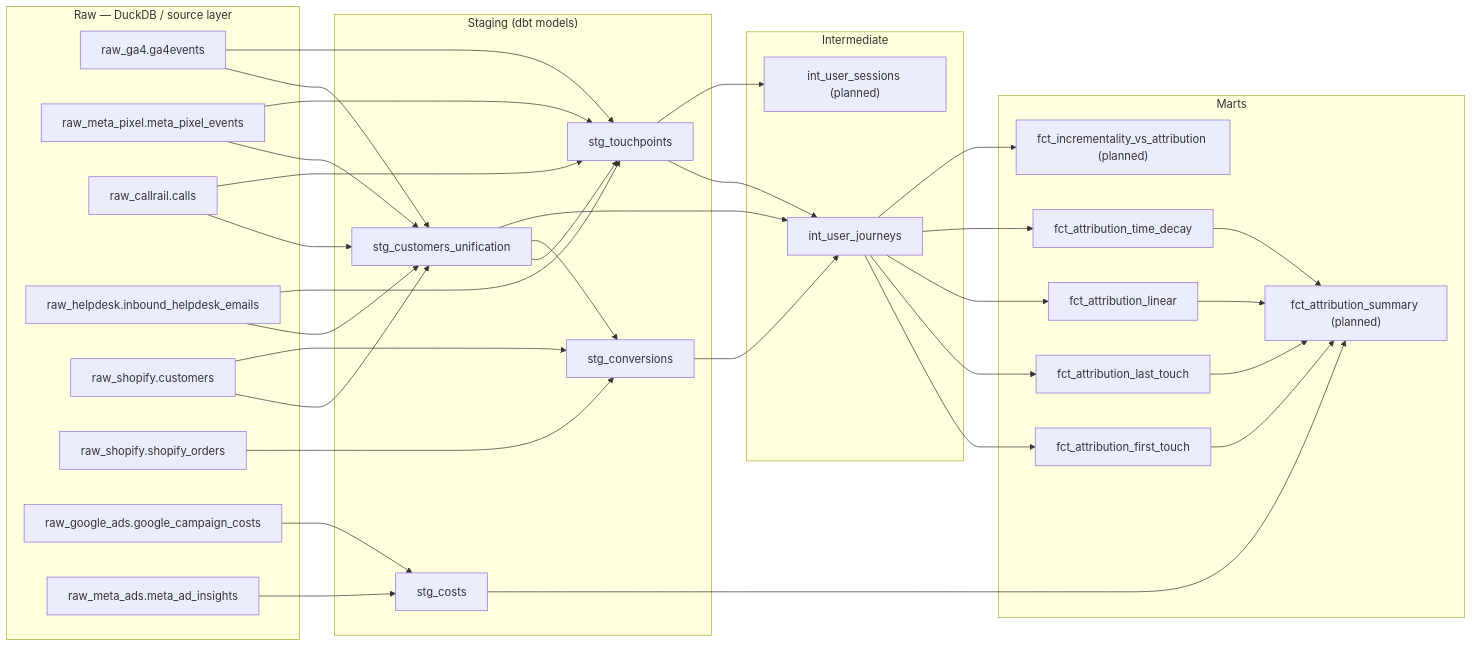
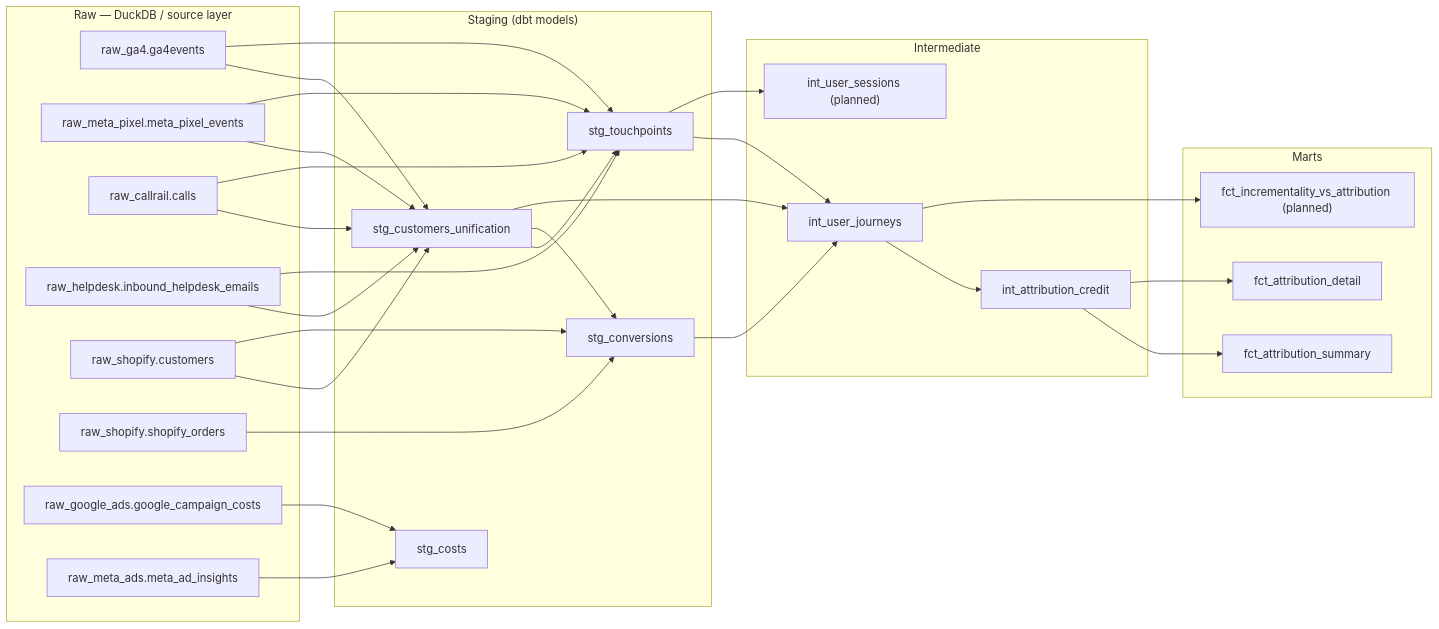
The second of 2 diagrams in docs/schema-erd.md (numesh4/multi-touch-attribution-dbt), drawn with Mermaid before and after one commit. The commit also changed other lines of this file and 3 other files, not shown here.

````diff
--- a/docs/schema-erd.md
+++ b/docs/schema-erd.md
@@ -79,76 +79,67 @@
 ```mermaid
 flowchart LR
   subgraph Raw["Raw — DuckDB / source layer"]
     raw_ga4[raw_ga4.ga4events]
     raw_meta_pixel[raw_meta_pixel.meta_pixel_events]
     raw_callrail[raw_callrail.calls]
     raw_helpdesk[raw_helpdesk.inbound_helpdesk_emails]
     raw_shopify_customers[raw_shopify.customers]
     raw_shopify_orders[raw_shopify.shopify_orders]
     raw_google[raw_google_ads.google_campaign_costs]
     raw_meta_ads[raw_meta_ads.meta_ad_insights]
   end
 
   subgraph Staging["Staging (dbt models)"]
     stg_customers[stg_customers_unification]
     stg_touchpoints[stg_touchpoints]
     stg_conversions[stg_conversions]
     stg_costs[stg_costs]
   end
 
   subgraph Intermediate["Intermediate"]
     int_journeys[int_user_journeys]
+    int_credit[int_attribution_credit]
     int_sessions["int_user_sessions (planned)"]
   end
 
   subgraph Marts["Marts"]
-    fct_first[fct_attribution_first_touch]
-    fct_last[fct_attribution_last_touch]
-    fct_linear[fct_attribution_linear]
-    fct_time_decay[fct_attribution_time_decay]
-    fct_summary["fct_attribution_summary (planned)"]
+    fct_summary[fct_attribution_summary]
+    fct_detail[fct_attribution_detail]
     fct_incrementality["fct_incrementality_vs_attribution (planned)"]
   end
 
   %% Raw source tables -> stg_customers_unification (identity resolution)
   raw_shopify_customers --> stg_customers
   raw_ga4 --> stg_customers
   raw_meta_pixel --> stg_customers
   raw_callrail --> stg_customers
   raw_helpdesk --> stg_customers
 
   %% Raw touchpoint tables + identity resolution -> stg_touchpoints
   raw_ga4 --> stg_touchpoints
   raw_meta_pixel --> stg_touchpoints
   raw_callrail --> stg_touchpoints
   raw_helpdesk --> stg_touchpoints
   stg_customers --> stg_touchpoints
 
   %% Raw order/customer tables + identity resolution -> stg_conversions
   raw_shopify_orders --> stg_conversions
   raw_shopify_customers --> stg_conversions
   stg_customers --> stg_conversions
 
   %% Raw cost tables -> stg_costs
   raw_google --> stg_costs
   raw_meta_ads --> stg_costs
 
   %% Staging -> intermediate
   stg_touchpoints --> int_journeys
   stg_conversions --> int_journeys
   stg_customers --> int_journeys
   stg_touchpoints --> int_sessions
 
   %% Intermediate + costs -> marts
-  int_journeys --> fct_first
-  int_journeys --> fct_last
-  int_journeys --> fct_linear
-  int_journeys --> fct_time_decay
+  int_journeys --> int_credit
   int_journeys --> fct_incrementality
-  stg_costs --> fct_summary
-
-  fct_first --> fct_summary
-  fct_last --> fct_summary
-  fct_linear --> fct_summary
-  fct_time_decay --> fct_summary
+  int_credit --> fct_summary
+  int_credit --> fct_detail
 ```
````
